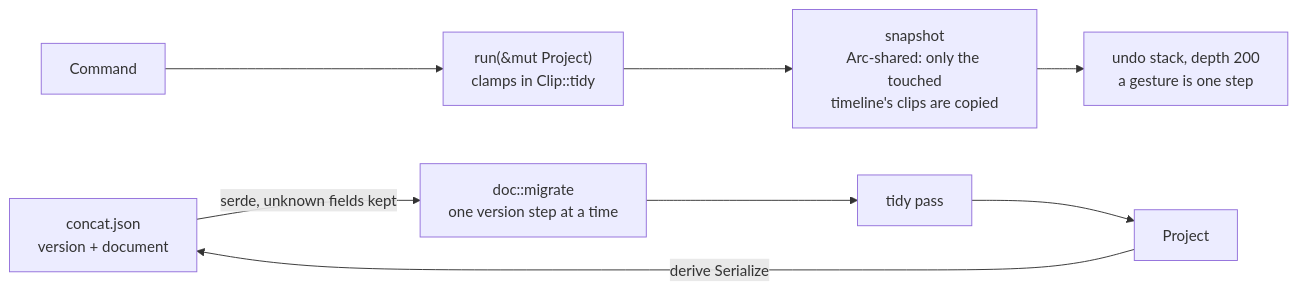
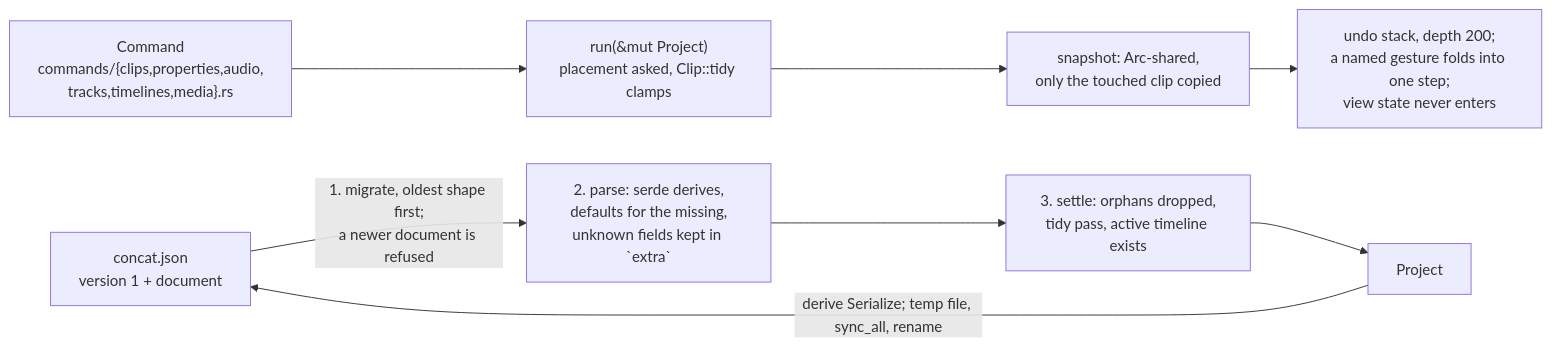
The eighth of 12 diagrams in ARCHITECTURE.md (jub0t/Concat), drawn with Mermaid before and after one commit. The commit also changed other lines of this file, not shown here.

````diff
--- a/ARCHITECTURE.md
+++ b/ARCHITECTURE.md
@@ -336,8 +408,8 @@
 ```mermaid
 flowchart LR
-    cmd["Command"] --> validate["run(&mut Project)<br/>clamps in Clip::tidy"]
-    validate --> snap["snapshot<br/>Arc-shared: only the touched<br/>timeline's clips are copied"]
-    snap --> undo["undo stack, depth 200<br/>a gesture is one step"]
-    file["concat.json<br/>version + document"] -- "serde, unknown fields kept" --> migrate["doc::migrate<br/>one version step at a time"] --> tidy["tidy pass"] --> proj["Project"]
-    proj -- "derive Serialize" --> file
+    cmd["Command<br/>commands/{clips,properties,audio,<br/>tracks,timelines,media}.rs"] --> run["run(&mut Project)<br/>placement asked, Clip::tidy clamps"]
+    run --> snap["snapshot: Arc-shared,<br/>only the touched clip copied"]
+    snap --> undo["undo stack, depth 200;<br/>a named gesture folds into one step;<br/>view state never enters"]
+    file["concat.json<br/>version 1 + document"] -- "1. migrate, oldest shape first;<br/>a newer document is refused" --> parse["2. parse: serde derives,<br/>defaults for the missing,<br/>unknown fields kept in `extra`"] --> settle["3. settle: orphans dropped,<br/>tidy pass, active timeline exists"] --> proj["Project"]
+    proj -- "derive Serialize; temp file, sync_all, rename" --> file
 ```
````
